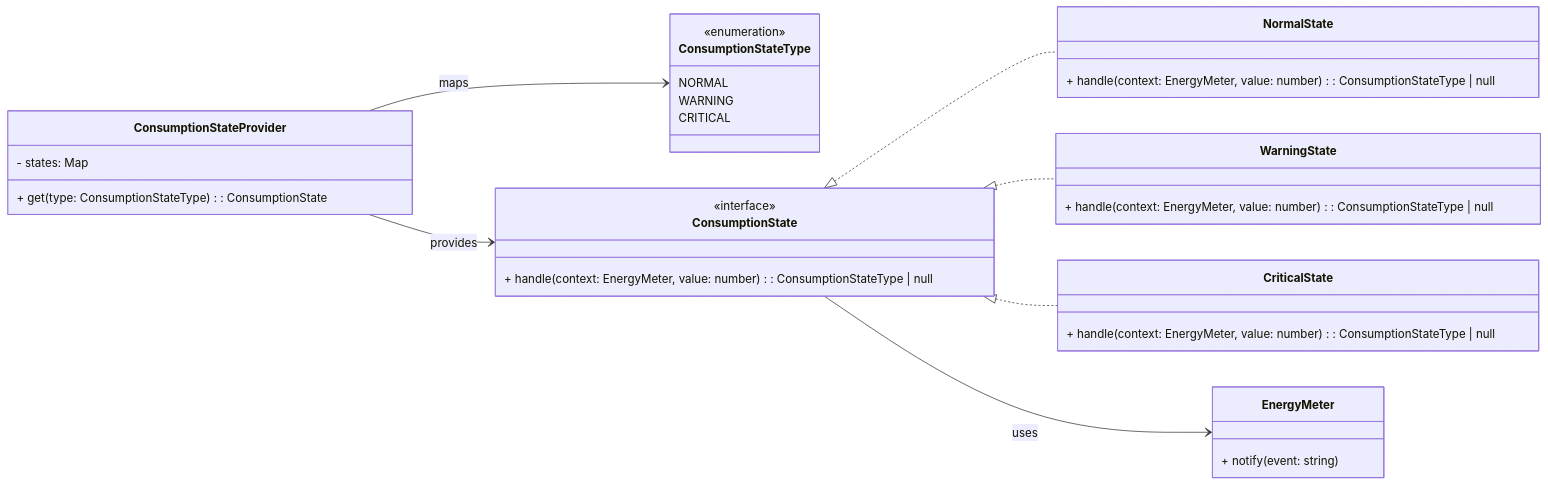
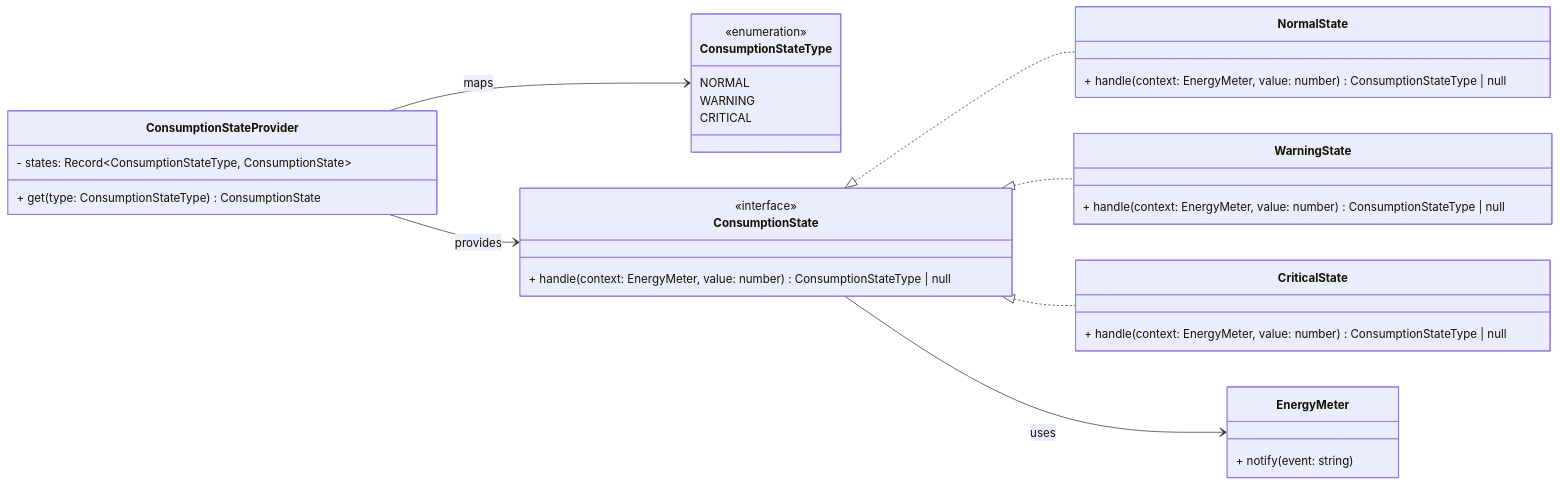
Before and after one commit to rubensrabelo/gestao-de-consumo-de-energia: the seventh of 15 diagrams in docs/report_rubens_rabelo.md, drawn with Mermaid. The commit also changed other lines of this file and 1 other file, not shown here.

````diff
--- a/docs/report_rubens_rabelo.md
+++ b/docs/report_rubens_rabelo.md
@@ -606,45 +616,45 @@
 ```mermaid
 classDiagram
     direction LR
 
     class EnergyMeter {
         + notify(event: string)
     }
 
     class ConsumptionStateType {
         <<enumeration>>
         NORMAL
         WARNING
         CRITICAL
     }
 
     class ConsumptionState {
         <<interface>>
-        + handle(context: EnergyMeter, value: number): ConsumptionStateType | null
+        + handle(context: EnergyMeter, value: number) ConsumptionStateType | null
     }
 
     class NormalState {
-        + handle(context: EnergyMeter, value: number): ConsumptionStateType | null
+        + handle(context: EnergyMeter, value: number) ConsumptionStateType | null
     }
 
     class WarningState {
-        + handle(context: EnergyMeter, value: number): ConsumptionStateType | null
+        + handle(context: EnergyMeter, value: number) ConsumptionStateType | null
     }
 
     class CriticalState {
-        + handle(context: EnergyMeter, value: number): ConsumptionStateType | null
+        + handle(context: EnergyMeter, value: number) ConsumptionStateType | null
     }
 
     class ConsumptionStateProvider {
-        - states: Map<ConsumptionStateType, ConsumptionState>
-        + get(type: ConsumptionStateType): ConsumptionState
+        - states: Record~ConsumptionStateType, ConsumptionState~
+        + get(type: ConsumptionStateType) ConsumptionState
     }
 
     ConsumptionState <|.. NormalState
     ConsumptionState <|.. WarningState
     ConsumptionState <|.. CriticalState
 
     ConsumptionState --> EnergyMeter : uses
     ConsumptionStateProvider --> ConsumptionState : provides
     ConsumptionStateProvider --> ConsumptionStateType : maps
 ```
````
